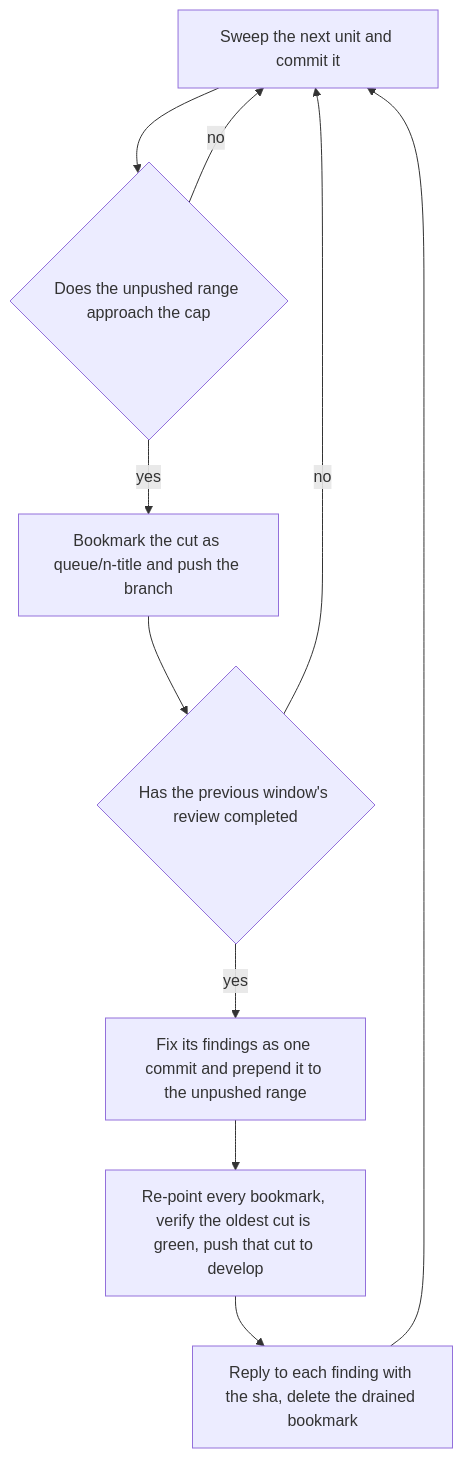
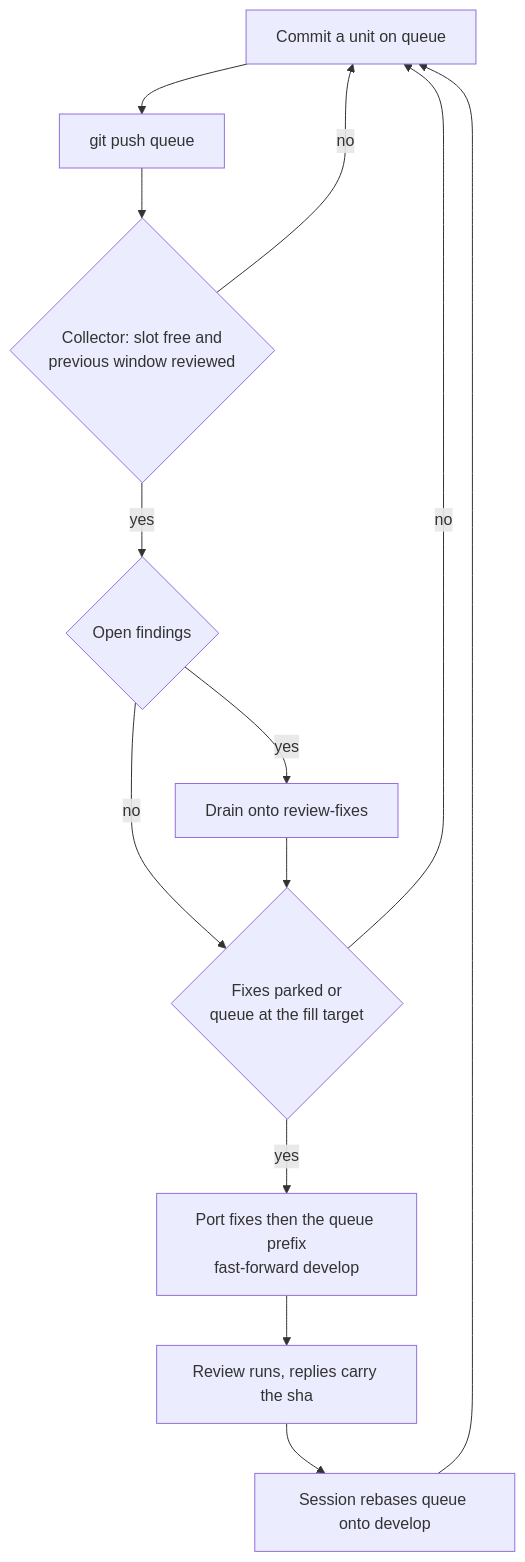
The diagram in .agents/skills/coderabbit/references/pipelining.md (Esposter/Esposter), drawn with Mermaid before and after one commit. The commit also changed other lines of this file and 4 other files, not shown here.

First line of the commit message:
docs(coderabbit): the session works on queue and the collector pushes develop

````diff
--- a/.agents/skills/coderabbit/references/pipelining.md
+++ b/.agents/skills/coderabbit/references/pipelining.md
@@ -68,12 +42,15 @@
 ```mermaid
 flowchart TD
-  U[Sweep the next unit and commit it] --> W{Does the unpushed range approach the cap}
+  U[Commit a unit on queue] --> P[git push queue]
+  P --> C{Collector: slot free and<br/>previous window reviewed}
+  C -->|no| U
+  C -->|yes| F{Open findings}
+  F -->|yes| DR[Drain onto review-fixes]
+  F -->|no| W
+  DR --> W{Fixes parked or<br/>queue at the fill target}
   W -->|no| U
-  W -->|yes| B[Bookmark the cut as queue/n-title and push the branch]
-  B --> R{Has the previous window's review completed}
-  R -->|no| U
-  R -->|yes| F[Fix its findings as one commit and prepend it to the unpushed range]
-  F --> P[Re-point every bookmark, verify the oldest cut is green, push that cut to develop]
-  P --> A[Reply to each finding with the sha, delete the drained bookmark]
-  A --> U
+  W -->|yes| PU[Port fixes then the queue prefix<br/>fast-forward develop]
+  PU --> R[Review runs, replies carry the sha]
+  R --> S[Session rebases queue onto develop]
+  S --> U
 ```
````
